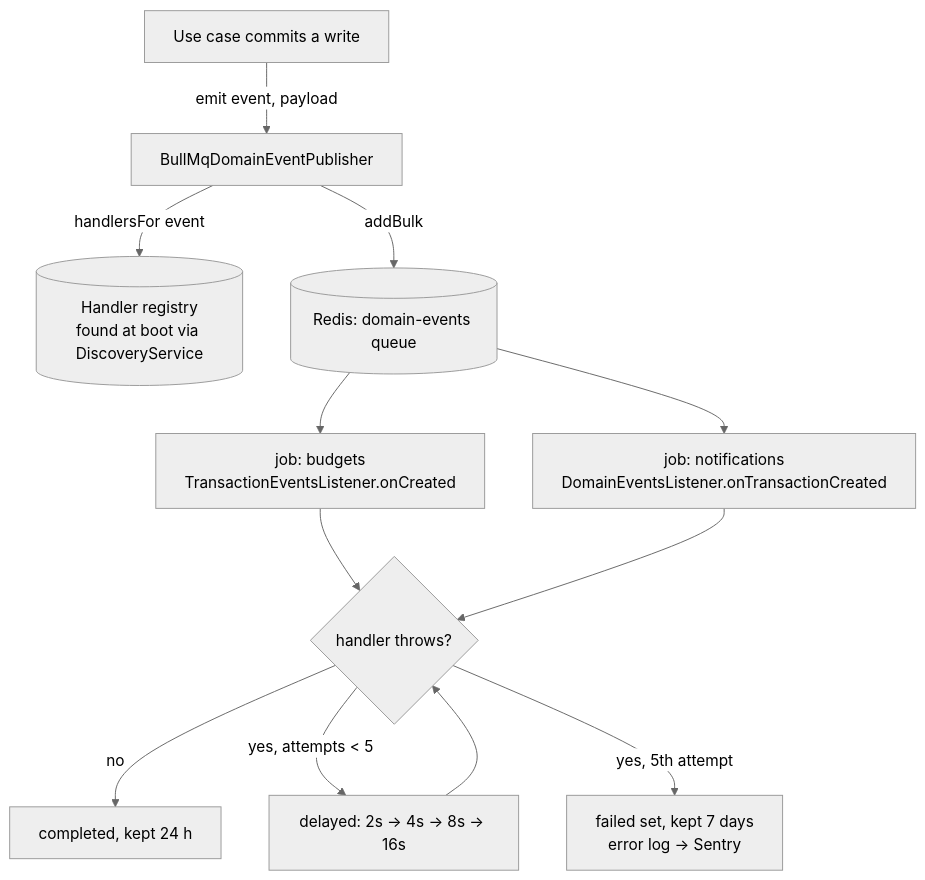
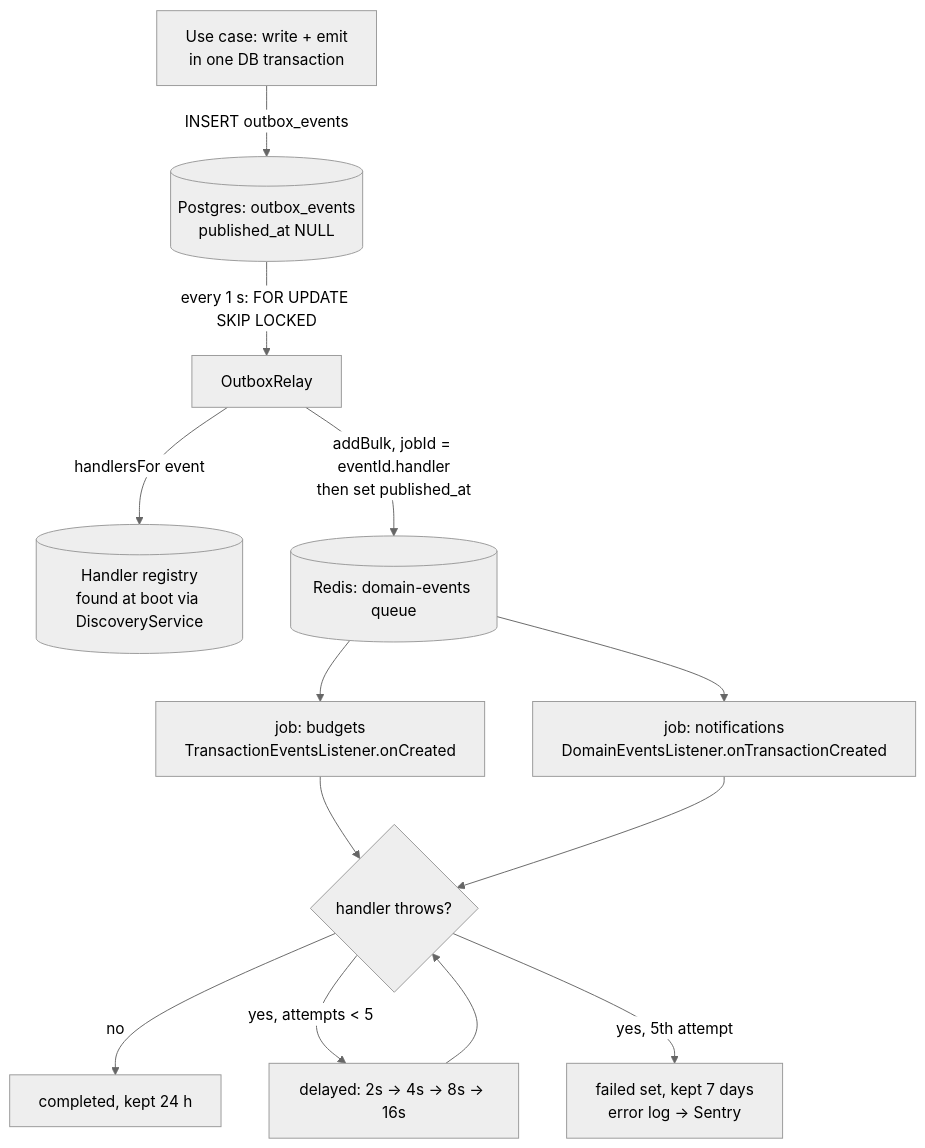
Before and after one commit to Frank14b/qashio-back: the fourth of 7 diagrams in docs/database-v2.md, drawn with Mermaid (neutral theme). The commit also changed other lines of this file and 53 other files, not shown here.

First line of the commit message:
Add a transactional outbox so committed domain events are never lost

````diff
--- a/docs/database-v2.md
+++ b/docs/database-v2.md
@@ -317,13 +336,14 @@
 ```mermaid
 flowchart TD
-  UC[Use case commits a write] -->|emit event, payload| PUB[BullMqDomainEventPublisher]
-  PUB -->|handlersFor event| REG[(Handler registry<br/>found at boot via DiscoveryService)]
-  PUB -->|addBulk| Q[(Redis: domain-events queue)]
+  UC[Use case: write + emit<br/>in one DB transaction] -->|INSERT outbox_events| OB[(Postgres: outbox_events<br/>published_at NULL)]
+  OB -->|"every 1 s: FOR UPDATE SKIP LOCKED"| REL[OutboxRelay]
+  REL -->|handlersFor event| REG[(Handler registry<br/>found at boot via DiscoveryService)]
+  REL -->|"addBulk, jobId = eventId.handler<br/>then set published_at"| Q[(Redis: domain-events queue)]
   Q --> J1[job: budgets<br/>TransactionEventsListener.onCreated]
   Q --> J2[job: notifications<br/>DomainEventsListener.onTransactionCreated]
   J1 --> RUN{handler throws?}
   J2 --> RUN
   RUN -- no --> DONE[completed, kept 24 h]
   RUN -- yes, attempts < 5 --> RETRY[delayed: 2s → 4s → 8s → 16s] --> RUN
   RUN -- yes, 5th attempt --> FAIL[failed set, kept 7 days<br/>error log → Sentry]
 ```
````
